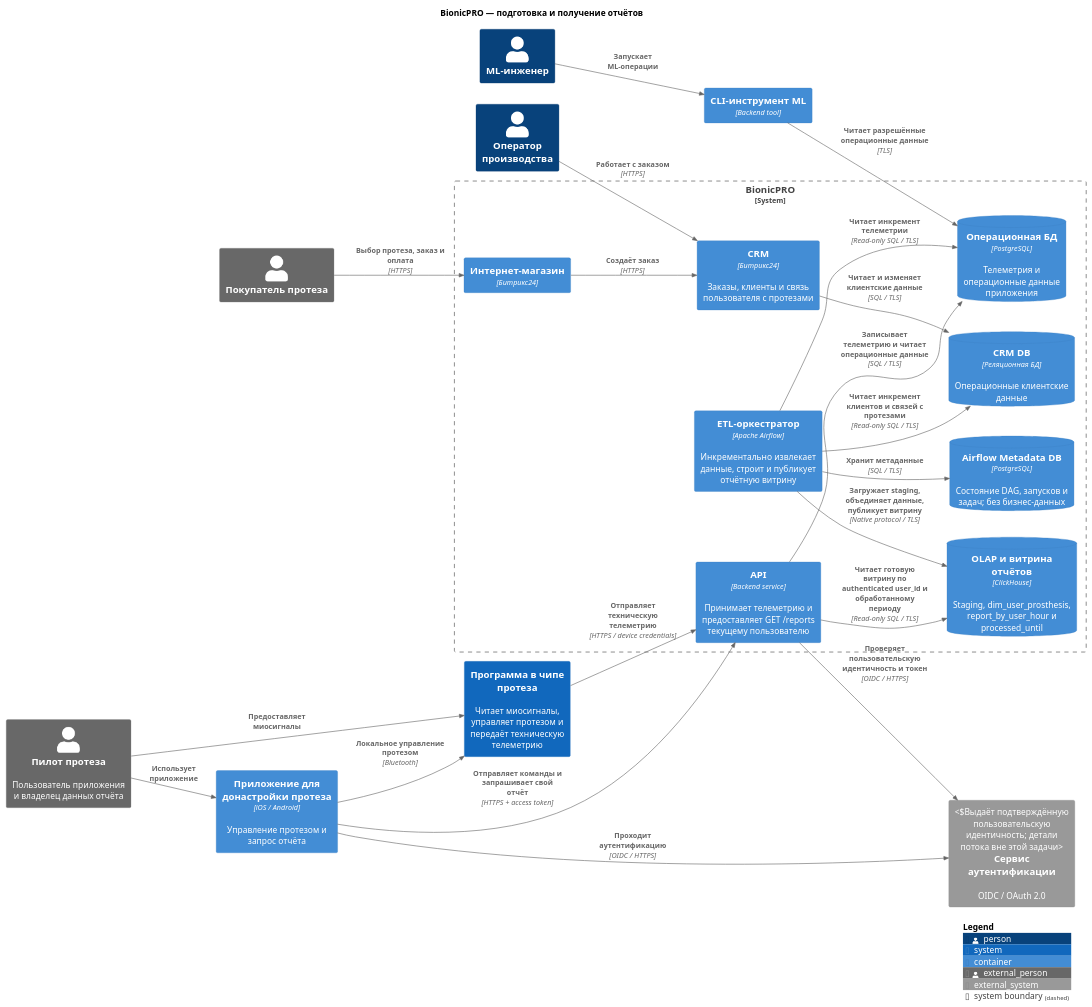
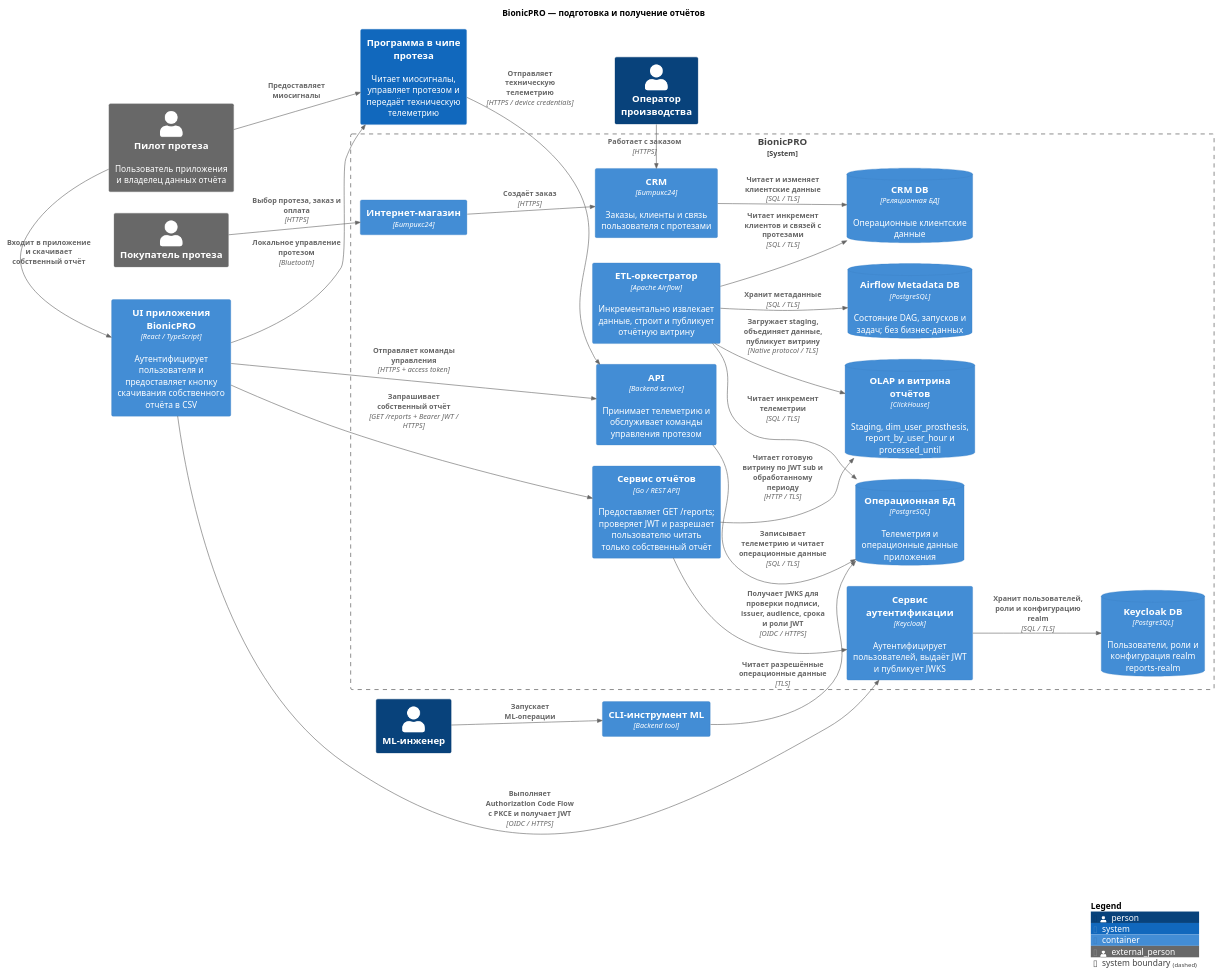
One commit to Meeluck/architecture-bionicpro changed the diagram in task2_docs/BionicPRO_C4_model.puml. Above: the diagram before and after it, drawn with PlantUML. The commit also changed 23 other files, not shown here.

```diff
--- a/task2_docs/BionicPRO_C4_model.puml
+++ b/task2_docs/BionicPRO_C4_model.puml
@@ -1,62 +1,67 @@
 @startuml BionicPRO_C4_model_task2
 
 !include <C4/C4_Container>
 
 title BionicPRO — подготовка и получение отчётов
 
-LAYOUT_LEFT_RIGHT()
+LAYOUT_LANDSCAPE()
 
 Person_Ext(prosthesis_buyer, "Покупатель протеза")
 Person_Ext(prosthesis_pilot, "Пилот протеза", "Пользователь приложения и владелец данных отчёта")
 
 System(prosthesis_chip, "Программа в чипе протеза", "Читает миосигналы, управляет протезом и передаёт техническую телеметрию")
-Container(prosthesis_app, "Приложение для донастройки протеза", "iOS / Android", "Управление протезом и запрос отчёта")
-System_Ext(identity_service, "Сервис аутентификации", "OIDC / OAuth 2.0", "Выдаёт подтверждённую пользовательскую идентичность; детали потока вне этой задачи")
+Container(prosthesis_app, "UI приложения BionicPRO", "React / TypeScript", "Аутентифицирует пользователя и предоставляет кнопку скачивания собственного отчёта в CSV")
 
 System_Boundary(bionicpro, "BionicPRO") {
   Container(online_store, "Интернет-магазин", "Битрикс24")
   Container(crm, "CRM", "Битрикс24", "Заказы, клиенты и связь пользователя с протезами")
   ContainerDb(crm_db, "CRM DB", "Реляционная БД", "Операционные клиентские данные")
 
-  Container(api, "API", "Backend service", "Принимает телеметрию и предоставляет GET /reports текущему пользователю")
+  Container(identity_service, "Сервис аутентификации", "Keycloak", "Аутентифицирует пользователей, выдаёт JWT и публикует JWKS")
+  ContainerDb(keycloak_db, "Keycloak DB", "PostgreSQL", "Пользователи, роли и конфигурация realm reports-realm")
+
+  Container(api, "API", "Backend service", "Принимает телеметрию и обслуживает команды управления протезом")
+  Container(reports_api, "Сервис отчётов", "Go / REST API", "Предоставляет GET /reports; проверяет JWT и разрешает пользователю читать только собственный отчёт")
   ContainerDb(database, "Операционная БД", "PostgreSQL", "Телеметрия и операционные данные приложения")
 
   Container(airflow, "ETL-оркестратор", "Apache Airflow", "Инкрементально извлекает данные, строит и публикует отчётную витрину")
   ContainerDb(airflow_db, "Airflow Metadata DB", "PostgreSQL", "Состояние DAG, запусков и задач; без бизнес-данных")
   ContainerDb(olap_db, "OLAP и витрина отчётов", "ClickHouse", "Staging, dim_user_prosthesis, report_by_user_hour и processed_until")
 }
 
 Person(production_operator, "Оператор производства")
 Person(ml_engineer, "ML-инженер")
 Container(cli_tool, "CLI-инструмент ML", "Backend tool")
 
 Rel(prosthesis_buyer, online_store, "Выбор протеза, заказ и оплата", "HTTPS")
 Rel(online_store, crm, "Создаёт заказ", "HTTPS")
-Rel(production_operator, crm, "Работает с заказом", "HTTPS")
+Rel_Up(production_operator, crm, "Работает с заказом", "HTTPS")
 Rel(crm, crm_db, "Читает и изменяет клиентские данные", "SQL / TLS")
 
 Rel(prosthesis_pilot, prosthesis_chip, "Предоставляет миосигналы")
-Rel(prosthesis_pilot, prosthesis_app, "Использует приложение")
+Rel_Down(prosthesis_pilot, prosthesis_app, "Входит в приложение и скачивает собственный отчёт")
 Rel(prosthesis_app, prosthesis_chip, "Локальное управление протезом", "Bluetooth")
-Rel(prosthesis_app, identity_service, "Проходит аутентификацию", "OIDC / HTTPS")
-Rel(prosthesis_app, api, "Отправляет команды и запрашивает свой отчёт", "HTTPS + access token")
-Rel(api, identity_service, "Проверяет пользовательскую идентичность и токен", "OIDC / HTTPS")
+Rel(prosthesis_app, identity_service, "Выполняет Authorization Code Flow с PKCE и получает JWT", "OIDC / HTTPS")
+Rel(prosthesis_app, api, "Отправляет команды управления", "HTTPS + access token")
+Rel(prosthesis_app, reports_api, "Запрашивает собственный отчёт", "GET /reports + Bearer JWT / HTTPS")
+Rel(reports_api, identity_service, "Получает JWKS для проверки подписи, issuer, audience, срока и роли JWT", "OIDC / HTTPS")
+Rel(identity_service, keycloak_db, "Хранит пользователей, роли и конфигурацию realm", "SQL / TLS")
 
 Rel(prosthesis_chip, api, "Отправляет техническую телеметрию", "HTTPS / device credentials")
 Rel(api, database, "Записывает телеметрию и читает операционные данные", "SQL / TLS")
 
-Rel(airflow, crm_db, "Читает инкремент клиентов и связей с протезами", "Read-only SQL / TLS")
-Rel(airflow, database, "Читает инкремент телеметрии", "Read-only SQL / TLS")
+Rel(airflow, crm_db, "Читает инкремент клиентов и связей с протезами", "SQL / TLS")
+Rel(airflow, database, "Читает инкремент телеметрии", "SQL / TLS")
 Rel(airflow, olap_db, "Загружает staging, объединяет данные, публикует витрину", "Native protocol / TLS")
 Rel(airflow, airflow_db, "Хранит метаданные", "SQL / TLS")
 
-Rel(api, olap_db, "Читает готовую витрину по authenticated user_id и обработанному периоду", "Read-only SQL / TLS")
+Rel(reports_api, olap_db, "Читает готовую витрину по JWT sub и обработанному периоду", "HTTP / TLS")
 
 Rel(ml_engineer, cli_tool, "Запускает ML-операции")
 Rel(cli_tool, database, "Читает разрешённые операционные данные", "TLS")
 
 
 
 SHOW_LEGEND()
 
 @enduml
```
